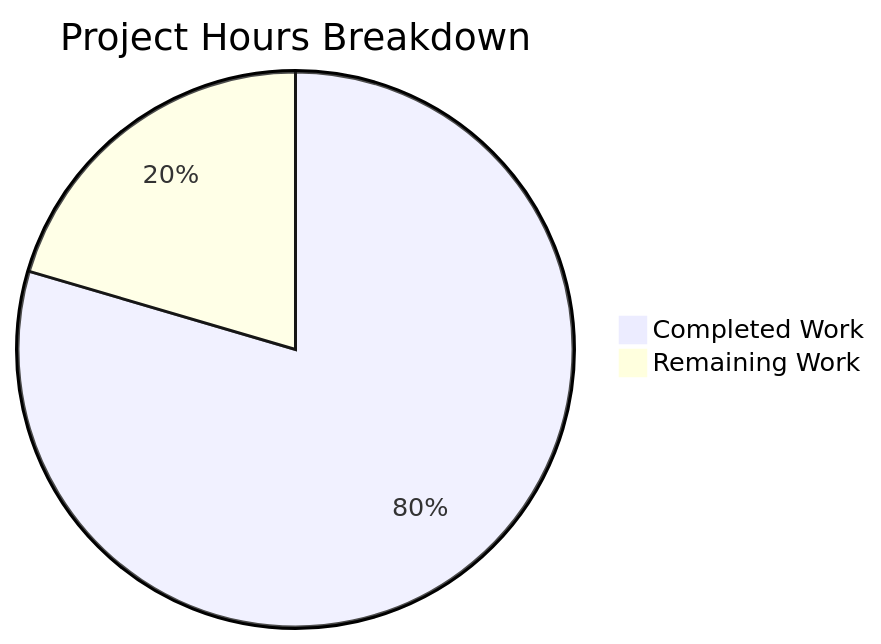
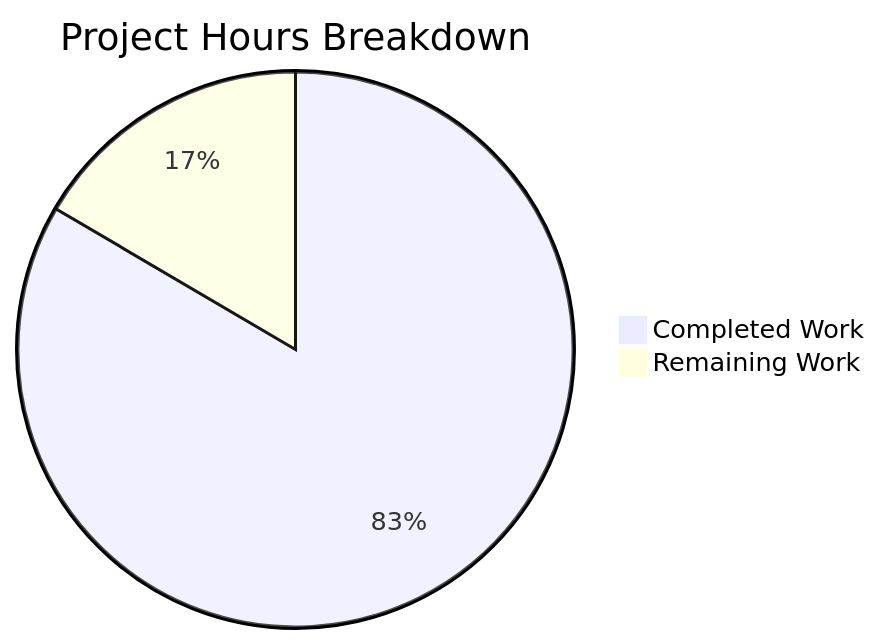
Before and after one commit to Blitzy-Sandbox/blitzy-cal: the second of 2 diagrams in blitzy/documentation/Project Guide.md, drawn with Mermaid. The commit also changed other lines of this file, not shown here.

Commit message:
Adding Blitzy Project Guide: Project Status and Human Tasks Remaining

````diff
--- a/blitzy/documentation/Project Guide.md
+++ b/blitzy/documentation/Project Guide.md
@@ -206,5 +207,5 @@
 ```mermaid
 pie title Project Hours Breakdown
-    "Completed Work" : 140
-    "Remaining Work" : 36
+    "Completed Work" : 116
+    "Remaining Work" : 23
 ```
````
